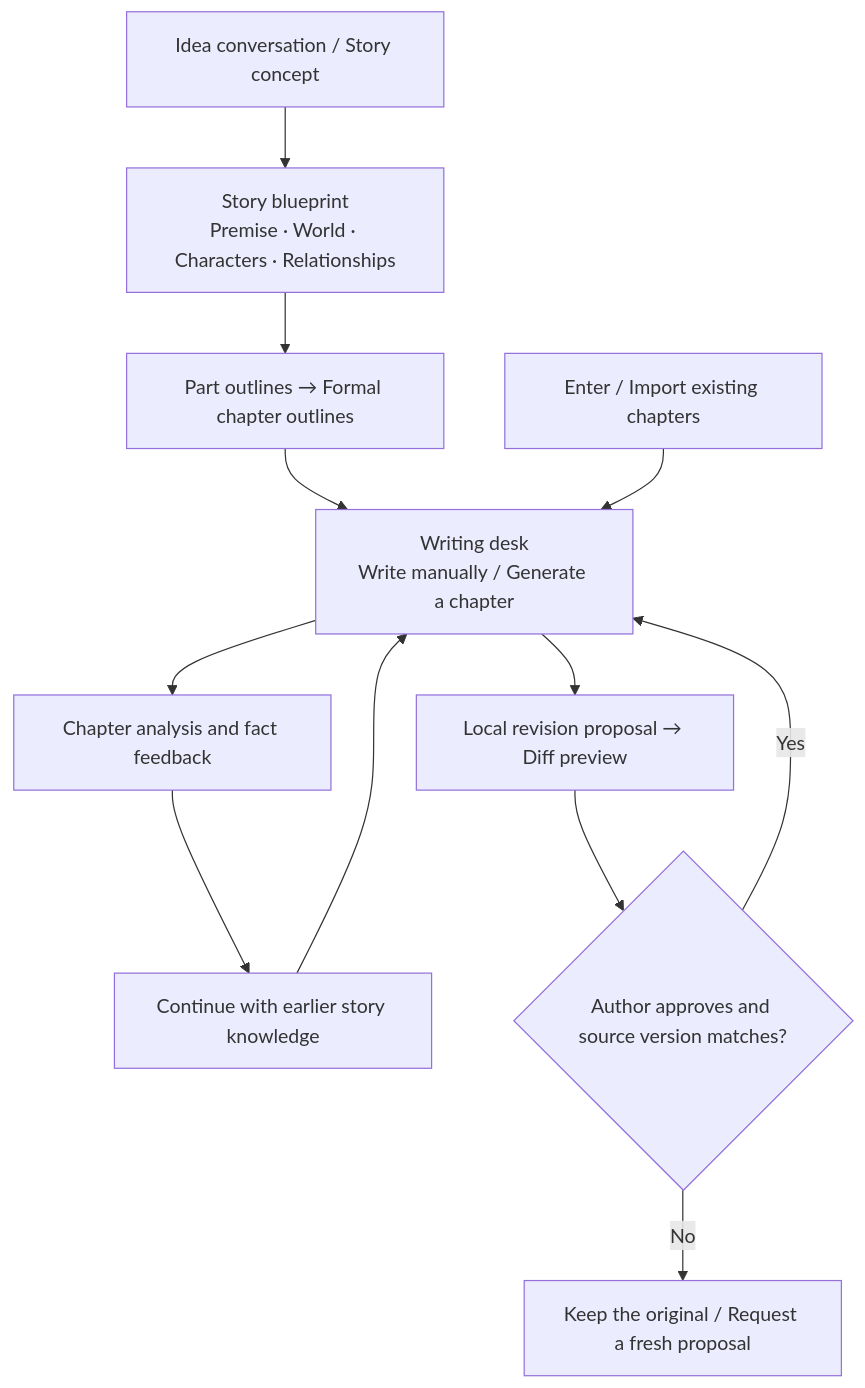
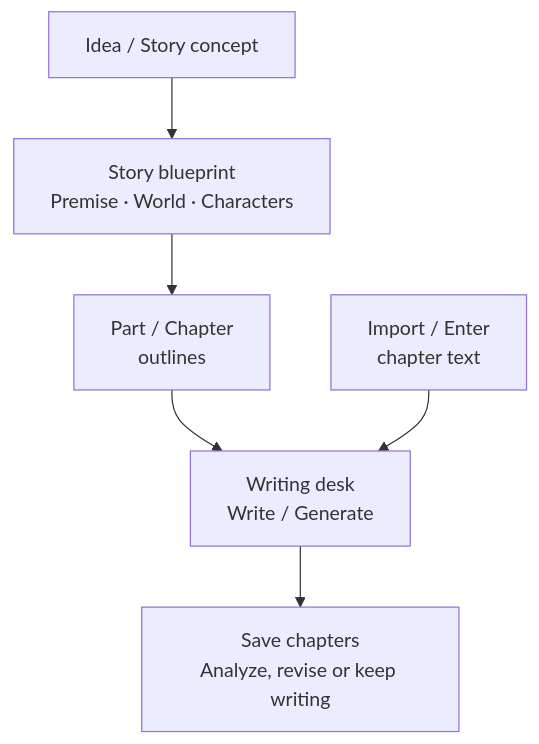
One commit to GTJasonMK/A4N changed the second of 18 diagrams in README.en.md. Above: the diagram before and after it, drawn with Mermaid. The commit also changed other lines of this file and 2 other files, not shown here.

First line of the commit message:
docs: fix README diagram flows and mobile readability

````diff
--- a/README.en.md
+++ b/README.en.md
@@ -66,16 +64,10 @@
 ```mermaid
 flowchart TB
   accTitle: Novel writing from ideas to chapters
-  accDescr: Ideas lead to a blueprint and outlines, or existing chapters can be imported. Chapters feed analysis and further writing; local patches require author approval and matching source versions.
-  idea["Idea conversation / Story concept"] --> blueprint["Story blueprint<br/>Premise · World · Characters · Relationships"]
-  blueprint --> outline["Part outlines → Formal chapter outlines"]
-  outline --> chapter["Writing desk<br/>Write manually / Generate a chapter"]
-  imported["Enter / Import existing chapters"] --> chapter
-  chapter --> analysis["Chapter analysis and fact feedback"]
-  analysis --> next["Continue with earlier story knowledge"]
-  next --> chapter
-  chapter --> proposal["Local revision proposal → Diff preview"]
-  proposal --> approval{"Author approves and source version matches?"}
-  approval -->|Yes| chapter
-  approval -->|No| retained["Keep the original / Request a fresh proposal"]
+  accDescr: Ideas lead to a blueprint and outlines, then the writing desk. Existing chapters can enter the writing desk directly without blueprint generation.
+  idea["Idea / Story concept"] --> blueprint["Story blueprint<br/>Premise · World · Characters"]
+  blueprint --> outline["Part / Chapter<br/>outlines"]
+  outline --> chapter["Writing desk<br/>Write / Generate"]
+  imported["Import / Enter<br/>chapter text"] --> chapter
+  chapter --> saved["Save chapters<br/>Analyze, revise or keep writing"]
 ```
````
